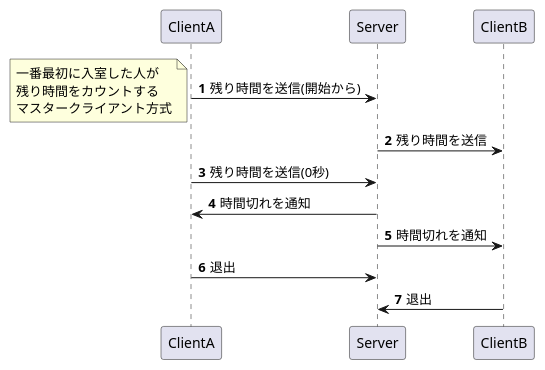
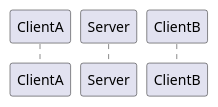
The diagram in Document/Finish.puml (Bekomochi/RealTime-Repository), drawn with PlantUML before and after one commit. The commit also changed 7 other files, not shown here.

Commit message:
アニメーション同期、排他制御、水鉄砲同期のシーケンス図を追加。その他のシーケンス図の書式を訂正

```diff
--- a/Document/Finish.puml
+++ b/Document/Finish.puml
@@ -1,21 +1,12 @@
 @startuml
 'https://plantuml.com/sequence-diagram
 
 autonumber
 
 participant ClientA
 participant Server
 participant ClientB
 
-ClientA->Server:残り時間を送信(開始から)
-note left:一番最初に入室した人が\n残り時間をカウントする\nマスタークライアント方式
-ClientB<-Server:残り時間を送信
 
-ClientA->Server:残り時間を送信(0秒)
-ClientA<-Server:時間切れを通知
-ClientB<-Server:時間切れを通知
-
-ClientA->Server:退出
-ClientB->Server:退出
 
 @enduml
```
